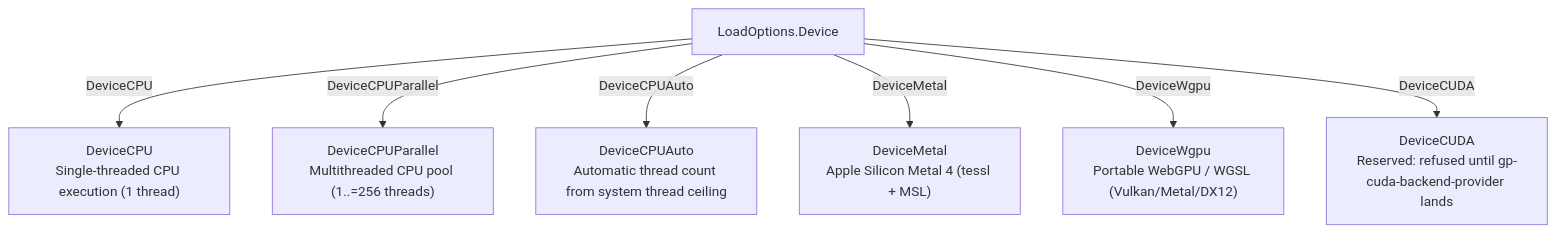
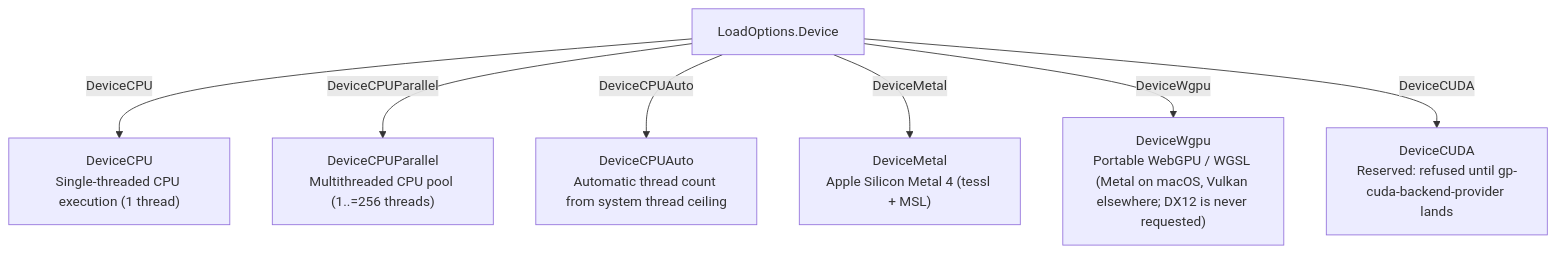
One commit to bharathvbcr/ojas changed the second of 2 diagrams in go/README.md. Above: the diagram before and after it, drawn with Mermaid. The commit also changed 19 other files, not shown here.

````diff
--- a/go/README.md
+++ b/go/README.md
@@ -146,11 +146,11 @@
 ```mermaid
 flowchart TD
     DeviceEnum["LoadOptions.Device"]
 
     DeviceEnum -->|DeviceCPU| D0["DeviceCPU\nSingle-threaded CPU execution (1 thread)"]
     DeviceEnum -->|DeviceCPUParallel| D1["DeviceCPUParallel\nMultithreaded CPU pool (1..=256 threads)"]
     DeviceEnum -->|DeviceCPUAuto| D4["DeviceCPUAuto\nAutomatic thread count from system thread ceiling"]
     DeviceEnum -->|DeviceMetal| D2["DeviceMetal\nApple Silicon Metal 4 (tessl + MSL)"]
-    DeviceEnum -->|DeviceWgpu| D3["DeviceWgpu\nPortable WebGPU / WGSL (Vulkan/Metal/DX12)"]
+    DeviceEnum -->|DeviceWgpu| D3["DeviceWgpu\nPortable WebGPU / WGSL (Metal on macOS, Vulkan elsewhere; DX12 is never requested)"]
     DeviceEnum -->|DeviceCUDA| D5["DeviceCUDA\nReserved: refused until gp-cuda-backend-provider lands"]
 ```
````
